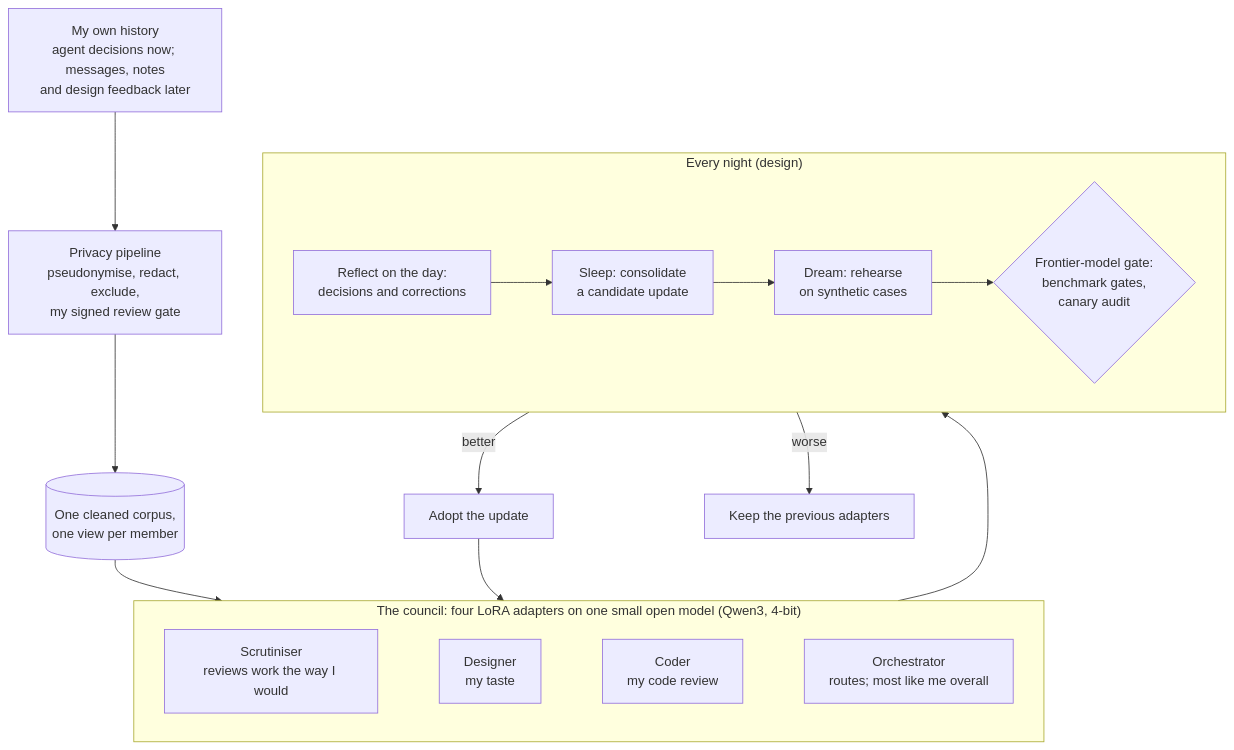
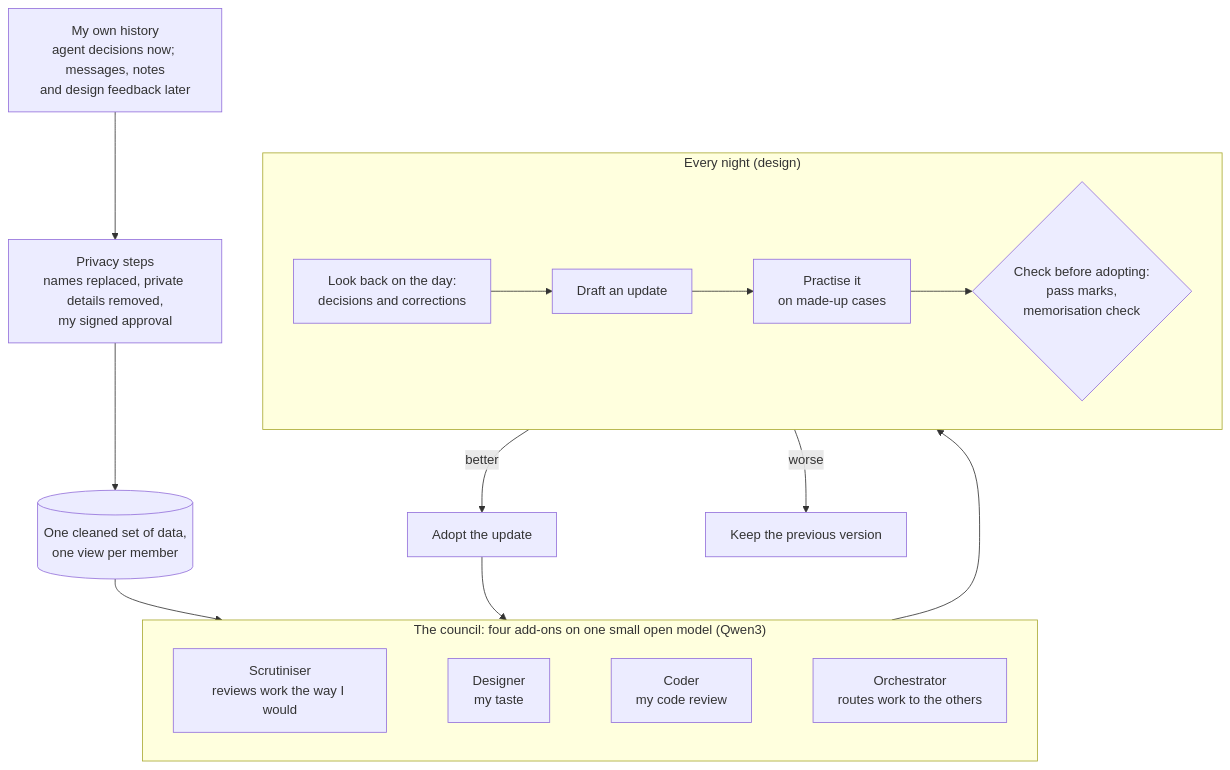
The diagram in README.md (Sohwhat6420/ethan-council), drawn with Mermaid before and after one commit. The commit also changed other lines of this file and 4 other files, not shown here.

First line of the commit message:
README and docs: remove the agreement statistic and its chart; say what exists in plain words

````diff
--- a/README.md
+++ b/README.md
@@ -54,18 +61,18 @@
 ```mermaid
 flowchart TB
-  S["My own history<br/>agent decisions now; messages, notes<br/>and design feedback later"] --> P["Privacy pipeline<br/>pseudonymise, redact, exclude,<br/>my signed review gate"]
-  P --> C[("One cleaned corpus,<br/>one view per member")]
+  S["My own history<br/>agent decisions now; messages, notes<br/>and design feedback later"] --> P["Privacy steps<br/>names replaced, private details removed,<br/>my signed approval"]
+  P --> C[("One cleaned set of data,<br/>one view per member")]
   C --> council
-  subgraph council["The council: four LoRA adapters on one small open model (Qwen3, 4-bit)"]
+  subgraph council["The council: four add-ons on one small open model (Qwen3)"]
     direction LR
-    L1["Scrutiniser<br/>reviews work the way I would"] ~~~ L2["Designer<br/>my taste"] ~~~ L3["Coder<br/>my code review"] ~~~ L4["Orchestrator<br/>routes; most like me overall"]
+    L1["Scrutiniser<br/>reviews work the way I would"] ~~~ L2["Designer<br/>my taste"] ~~~ L3["Coder<br/>my code review"] ~~~ L4["Orchestrator<br/>routes work to the others"]
   end
   council --> night
   subgraph night["Every night (design)"]
     direction LR
-    R["Reflect on the day:<br/>decisions and corrections"] --> SL["Sleep: consolidate<br/>a candidate update"] --> D["Dream: rehearse<br/>on synthetic cases"] --> G{"Frontier-model gate:<br/>benchmark gates,<br/>canary audit"}
+    R["Look back on the day:<br/>decisions and corrections"] --> SL["Draft an update"] --> D["Practise it<br/>on made-up cases"] --> G{"Check before adopting:<br/>pass marks,<br/>memorisation check"}
   end
   G -- better --> U["Adopt the update"]
-  G -- worse --> RB["Keep the previous adapters"]
+  G -- worse --> RB["Keep the previous version"]
   U --> council
 ```
````
